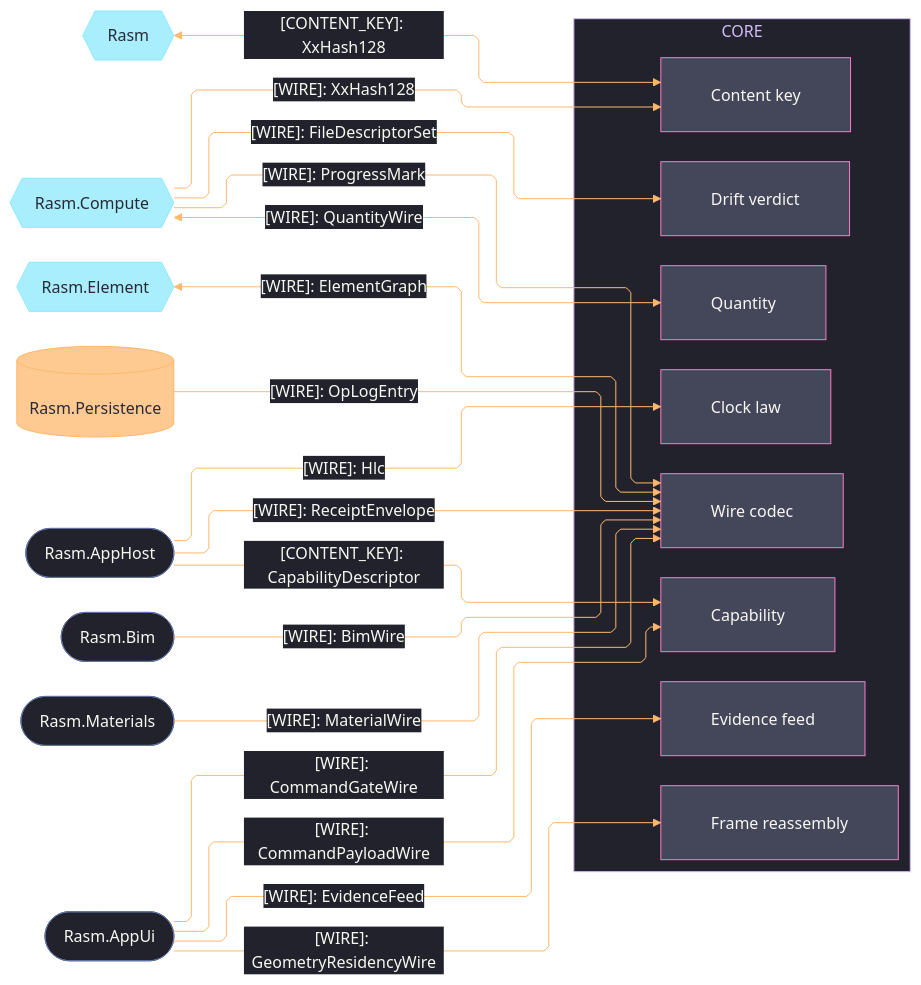
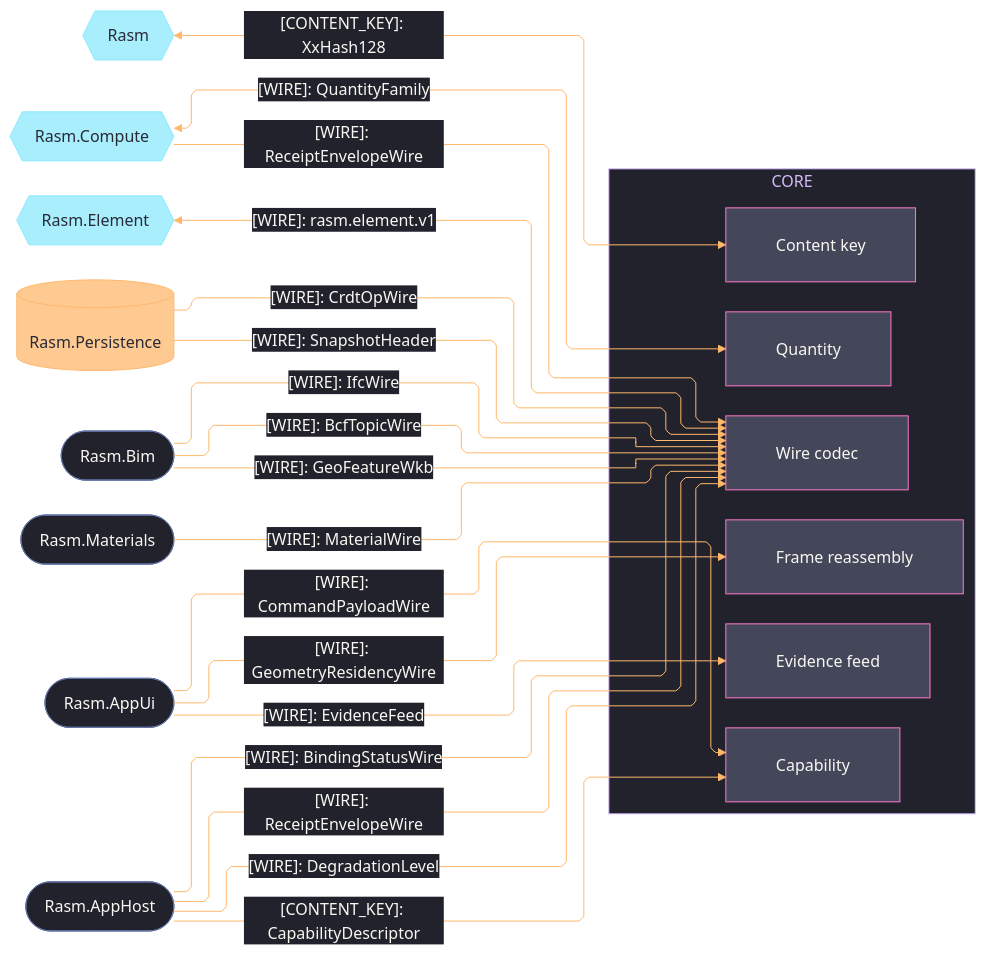
The second of 3 diagrams in libs/typescript/core/ARCHITECTURE.md (bsamiee/Rasm), drawn with Mermaid before and after one commit. The commit also changed other lines of this file and 24 other files, not shown here.

Commit message:
architecture: seam registries + codemaps aligned across the estate (worker fabric edges, scene rows, csharp/ts seam mirrors)

````diff
--- a/libs/typescript/core/ARCHITECTURE.md
+++ b/libs/typescript/core/ARCHITECTURE.md
@@ -40,75 +134,74 @@
 ```mermaid
 ---
 config:
   theme: base
   look: classic
   layout: elk
   flowchart:
     curve: linear
     padding: 25
   themeVariables:
     darkMode: true
     fontFamily: "SF Mono, Menlo, Cascadia Mono, Segoe UI Mono, Consolas, monospace"
     useGradient: false
     dropShadow: "none"
     background: "#282A36"
     primaryColor: "#44475A"
     primaryTextColor: "#F8F8F2"
     primaryBorderColor: "#BD93F9"
     lineColor: "#FF79C6"
     textColor: "#F8F8F2"
     clusterBkg: "#21222C"
     clusterBorder: "#D6BCFA"
     edgeLabelBackground: "#21222C"
     labelBackgroundColor: "#21222C"
     titleColor: "#D6BCFA"
   themeCSS: ".nodeLabel{font-size:13px;font-weight:500}.edgeLabel{font-size:12px;font-weight:500}.cluster-label .nodeLabel{font-size:13.5px;font-weight:700;letter-spacing:.08em}.edge-thickness-normal{stroke-width:2px}.edge-thickness-thick{stroke-width:3px}.edge-pattern-dashed,.edge-pattern-dotted{stroke-width:1.5px;stroke-dasharray:4 6}.node rect,.node circle,.node polygon,.node path,.node .outer-path{stroke-width:1.5px;filter:none!important}.cluster rect{stroke-width:1px!important;stroke-dasharray:5 4!important;filter:none!important}.marker path{transform:scale(.8);transform-origin:5px 5px}.marker circle{transform:scale(.48);transform-origin:5px 5px}.edgeLabel rect{transform-box:fill-box;transform-origin:center;transform:scale(1.1,1.2)}"
 ---
 flowchart LR
     accTitle: Core C# wire-plane seam registry
-    accDescr: Core value, interchange, and state owners decoding kinded wires minted by the kernel, compute, app host, persistence, element, bim, materials, and the app UI, edge rails colored by kind and nodes classed by seam direction.
+    accDescr: Core value, interchange, and state owners decoding kinded wires spelled verbatim from the C# endpoint pages — the kernel, compute, element, persistence, bim, materials, the app UI, and the app host — edge rails colored by kind and nodes classed by seam direction.
     subgraph core[CORE]
         ContentKey[Content key]
-        Clock[Clock law]
         Quantity[Quantity]
         Codec[Wire codec]
+        Feed[Evidence feed]
+        Frame[Frame reassembly]
         Invoke[Capability]
-        Frame[Frame reassembly]
-        Contract[Drift verdict]
-        Feed[Evidence feed]
     end
     Rasm{{Rasm}}
     Compute{{Rasm.Compute}}
     Element{{Rasm.Element}}
     Persistence[(Rasm.Persistence)]
-    AppHost([Rasm.AppHost])
     Bim([Rasm.Bim])
     Materials([Rasm.Materials])
     AppUi([Rasm.AppUi])
+    AppHost([Rasm.AppHost])
     Rasm e1@<-->|"[CONTENT_KEY]: XxHash128"| ContentKey
-    Compute e2@-->|"[WIRE]: XxHash128"| ContentKey
-    Compute e3@<-->|"[WIRE]: QuantityWire"| Quantity
-    Compute e4@-->|"[WIRE]: ProgressMark"| Codec
-    Compute e5@-->|"[WIRE]: FileDescriptorSet"| Contract
-    AppHost e6@-->|"[WIRE]: Hlc"| Clock
-    AppHost e7@-->|"[WIRE]: ReceiptEnvelope"| Codec
-    AppHost e8@-->|"[CONTENT_KEY]: CapabilityDescriptor"| Invoke
-    Persistence e9@-->|"[WIRE]: OpLogEntry"| Codec
-    Element e10@<-->|"[WIRE]: ElementGraph"| Codec
-    Bim e11@-->|"[WIRE]: BimWire"| Codec
-    Materials e12@-->|"[WIRE]: MaterialWire"| Codec
-    AppUi e13@-->|"[WIRE]: CommandGateWire"| Codec
-    AppUi e14@-->|"[WIRE]: CommandPayloadWire"| Invoke
-    AppUi e15@-->|"[WIRE]: GeometryResidencyWire"| Frame
-    AppUi e16@-->|"[WIRE]: EvidenceFeed"| Feed
+    Compute e2@<-->|"[WIRE]: QuantityFamily"| Quantity
+    Compute e3@-->|"[WIRE]: ReceiptEnvelopeWire"| Codec
+    Element e4@<-->|"[WIRE]: rasm.element.v1"| Codec
+    Persistence e5@-->|"[WIRE]: CrdtOpWire"| Codec
+    Persistence e6@-->|"[WIRE]: SnapshotHeader"| Codec
+    Bim e7@-->|"[WIRE]: IfcWire"| Codec
+    Bim e8@-->|"[WIRE]: BcfTopicWire"| Codec
+    Bim e9@-->|"[WIRE]: GeoFeatureWkb"| Codec
+    Materials e10@-->|"[WIRE]: MaterialWire"| Codec
+    AppUi e11@-->|"[WIRE]: CommandPayloadWire"| Invoke
+    AppUi e12@-->|"[WIRE]: GeometryResidencyWire"| Frame
+    AppUi e13@-->|"[WIRE]: EvidenceFeed"| Feed
+    AppHost e14@-->|"[CONTENT_KEY]: CapabilityDescriptor"| Invoke
+    AppHost e15@-->|"[WIRE]: ReceiptEnvelopeWire"| Codec
+    AppHost e16@-->|"[WIRE]: DegradationLevel"| Codec
+    AppHost e17@-->|"[WIRE]: BindingStatusWire"| Codec
     classDef primary fill:#44475A,stroke:#FF79C6,color:#F8F8F2
     classDef external fill:#8BE9FDBF,stroke:#8BE9FD,color:#282A36
     classDef data fill:#FFB86CBF,stroke:#FFB86C,color:#282A36
-    classDef annotation fill:#21222C,stroke:#6272A4,color:#F8F8F2
+    classDef recessed fill:#21222C,stroke:#6272A4,color:#F8F8F2
     classDef edgeData stroke:#FFB86C,color:#F8F8F2
-    class ContentKey,Clock,Quantity,Codec,Invoke,Frame,Contract,Feed primary
+    class ContentKey,Quantity,Codec,Feed,Frame,Invoke primary
     class Rasm,Compute,Element external
     class Persistence data
-    class AppHost,Bim,Materials,AppUi annotation
-    class e1,e2,e3,e4,e5,e6,e7,e8,e9,e10,e11,e12,e13,e14,e15,e16 edgeData
+    class Bim,Materials,AppUi,AppHost recessed
+    class e1,e2,e3,e4,e5,e6,e7,e8,e9,e10,e11,e12,e13,e14,e15,e16,e17 edgeData
 ```
````
